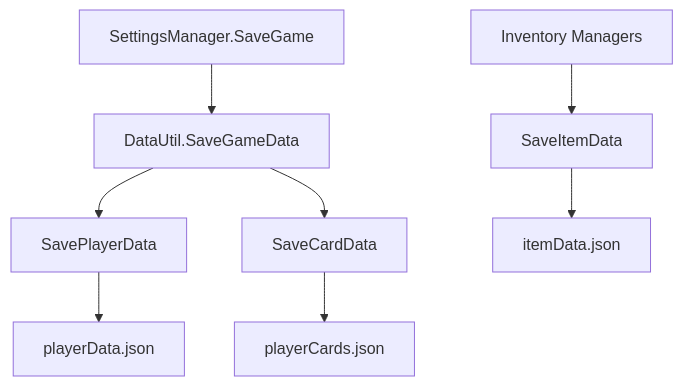
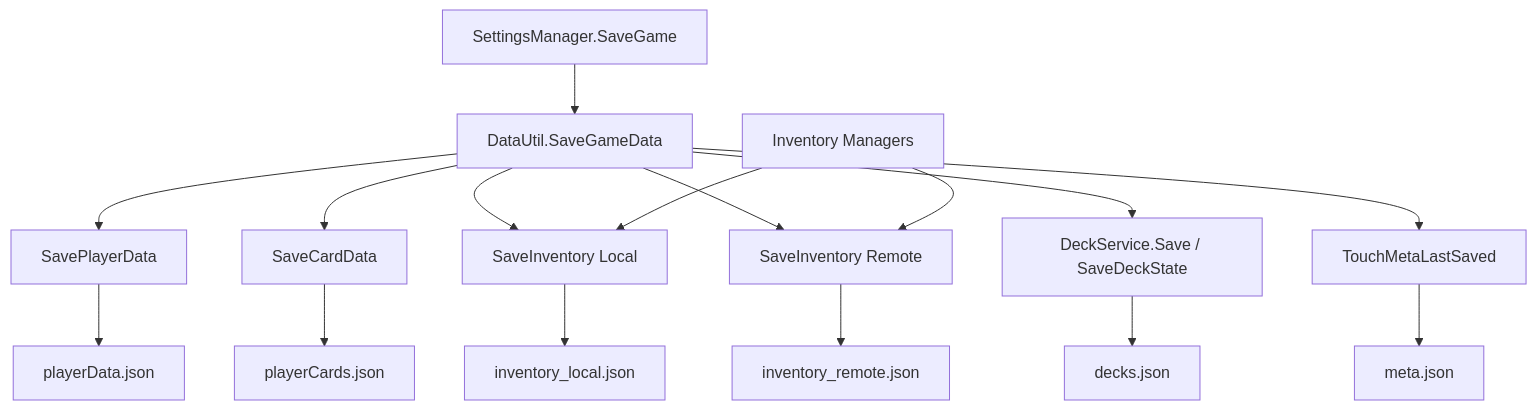
One commit to Grindewald1900/Galactic-Frontier changed the diagram in Documentation/zh-CN/05-data-and-save.md. Above: the diagram before and after it, drawn with Mermaid. The commit also changed other lines of this file and 79 other files, not shown here.

First line of the commit message:
Add decks.json occupation model and finish save/battle P0 baseline.

````diff
--- a/Documentation/zh-CN/05-data-and-save.md
+++ b/Documentation/zh-CN/05-data-and-save.md
@@ -83,10 +115,18 @@
 ```mermaid
 flowchart TD
     A["SettingsManager.SaveGame"] --> B["DataUtil.SaveGameData"]
     B --> C["SavePlayerData"]
     B --> D["SaveCardData"]
-    C --> E["playerData.json"]
-    D --> F["playerCards.json"]
-    G["Inventory Managers"] --> H["SaveItemData"]
-    H --> I["itemData.json"]
+    B --> E["SaveInventory Local"]
+    B --> F["SaveInventory Remote"]
+    B --> N["DeckService.Save / SaveDeckState"]
+    B --> G["TouchMetaLastSaved"]
+    C --> H["playerData.json"]
+    D --> I["playerCards.json"]
+    E --> J["inventory_local.json"]
+    F --> K["inventory_remote.json"]
+    N --> O["decks.json"]
+    G --> L["meta.json"]
+    M["Inventory Managers"] --> E
+    M --> F
 ```
````
